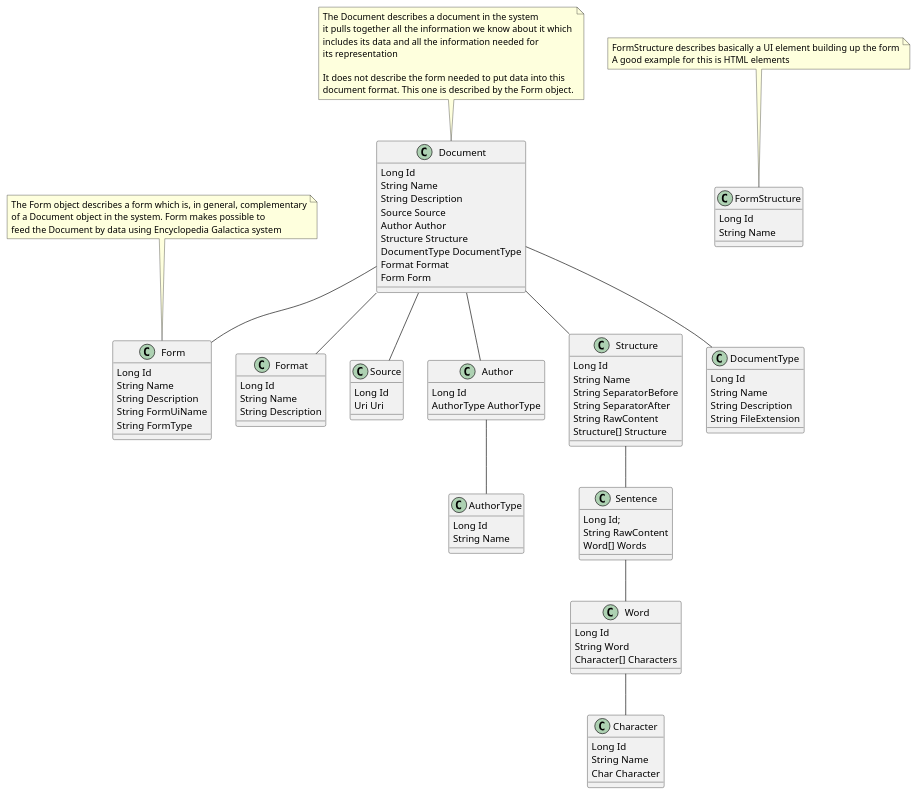
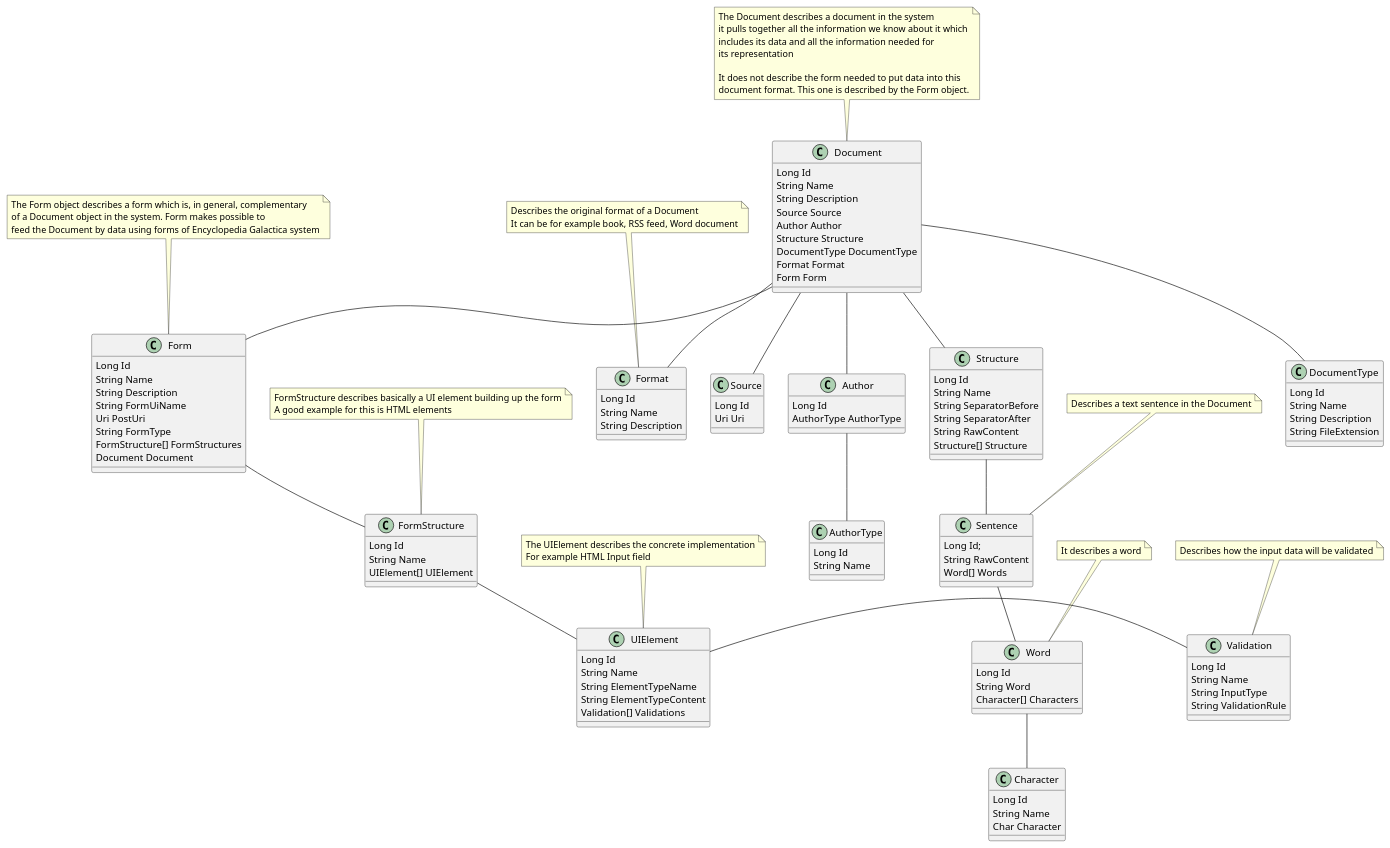
One commit to EncyclopediaGalactica/Design changed the diagram in DocumentDomain.puml. Above: the diagram before and after it, drawn with PlantUML.

```diff
--- a/DocumentDomain.puml
+++ b/DocumentDomain.puml
@@ -1,113 +1,157 @@
 @startuml
 
 class Document {
     Long Id
     String Name
     String Description
     Source Source
     Author Author
     Structure Structure
     DocumentType DocumentType
     Format Format
     Form Form
 }
 note top of Document 
     The Document describes a document in the system
     it pulls together all the information we know about it which
     includes its data and all the information needed for
     its representation
     
     It does not describe the form needed to put data into this
     document format. This one is described by the Form object.
 end note
 
 class Form {
     Long Id
     String Name
     String Description
     String FormUiName
+    Uri PostUri
     String FormType
+    FormStructure[] FormStructures
+    Document Document
 }
 
 note top of Form
     The Form object describes a form which is, in general, complementary
     of a Document object in the system. Form makes possible to
-    feed the Document by data using Encyclopedia Galactica system
+    feed the Document by data using forms of Encyclopedia Galactica system
 end note
 
 class FormStructure {
     Long Id
     String Name
+    UIElement[] UIElement
 }
 
 note top of FormStructure
     FormStructure describes basically a UI element building up the form
     A good example for this is HTML elements
 end note
 
+class UIElement {
+    Long Id
+    String Name
+    String ElementTypeName
+    String ElementTypeContent
+    Validation[] Validations
+}
+
+note top of UIElement
+    The UIElement describes the concrete implementation
+    For example HTML Input field
+end note
+
+class Validation {
+    Long Id
+    String Name
+    String InputType
+    String ValidationRule
+}
+
+note top of Validation
+    Describes how the input data will be validated
+end note
+
 class Format {
     Long Id
     String Name
     String Description
 }
+
+note top of Format
+    Describes the original format of a Document
+    It can be for example book, RSS feed, Word document
+end note
 
 class Source {
     Long Id
     Uri Uri
 }
 
 class Author {
     Long Id
     AuthorType AuthorType
 }
 
 class AuthorType {
     Long Id
     String Name
 }
 
 class Structure {
     Long Id
     String Name
     String SeparatorBefore
     String SeparatorAfter
     String RawContent
     Structure[] Structure
 }
 
 class Sentence {
     Long Id;
     String RawContent
     Word[] Words
 }
 
+note top of Sentence
+    Describes a text sentence in the Document
+end note
+
 class Word{
     Long Id
     String Word
     Character[] Characters
 }
+
+note top of Word
+    It describes a word
+end note
 
 class Character{
     Long Id
     String Name
     Char Character
 }
 
 class DocumentType {
     Long Id
     String Name
     String Description
     String FileExtension
 }
 
 Document -- Source
 Document -- Author
 Document -- DocumentType
 Author -- AuthorType
 Document -- Structure
 Structure -- Sentence
 Sentence -- Word
 Word -- Character
 Document -- Format
 Document -- Form
+Form -- FormStructure
+FormStructure -- UIElement
+UIElement - Validation
 @enduml
```
